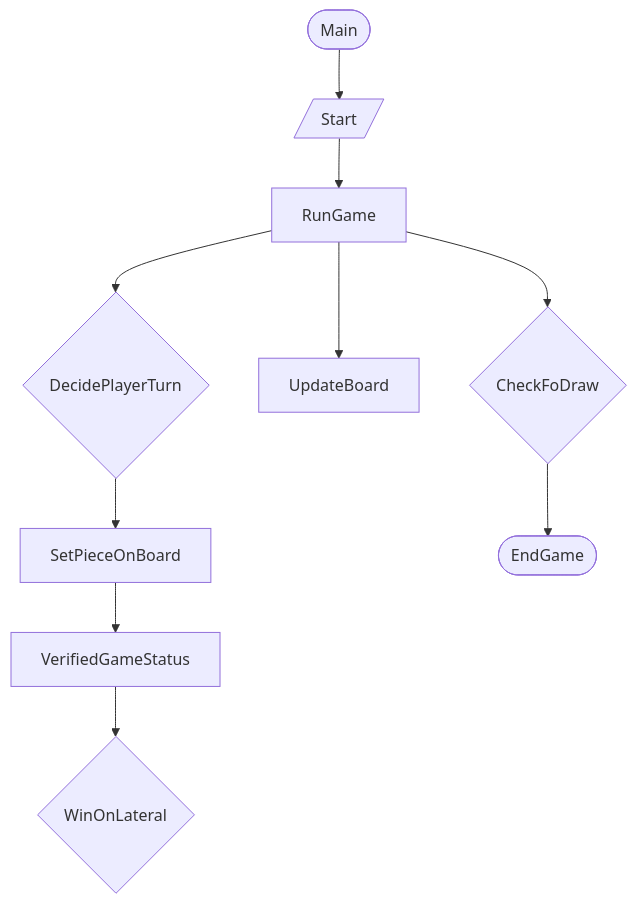
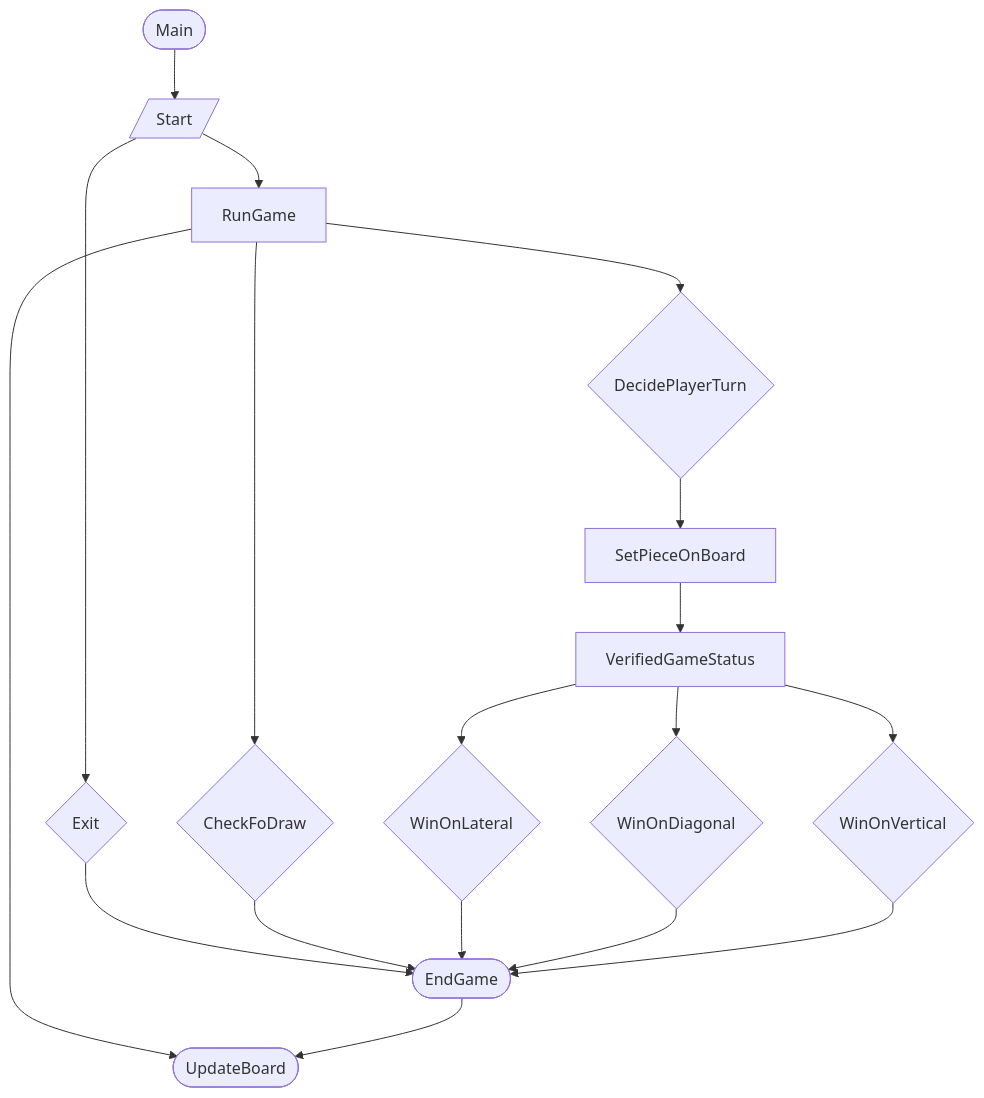
One commit to bryanb619/GaloDaVelha changed the diagram in README.md. Above: the diagram before and after it, drawn with Mermaid. The commit also changed other lines of this file, not shown here.

Commit message:
Updated UML on readme with most actions

````diff
--- a/README.md
+++ b/README.md
@@ -68,25 +68,31 @@
 ```mermaid
 graph TD
 
   A([Main]) --> B[/"Start"/];
   B         --> C[RunGame];
 
-  C --> J{CheckFoDraw};
-  C --> D[UpdateBoard];
-  C --> E{DecidePlayerTurn};
+  B     --> EXIT{Exit}
+  EXIT  --> Z([EndGame])
 
-  E --> F[SetPieceOnBoard]
-  F --> G[VerifiedGameStatus]
+  C     --> D{CheckFoDraw};
+  C     --> E[UpdateBoard];
+  C     --> F{DecidePlayerTurn};
 
-  G --> H{WinOnLateral}
+  D     --> Z([EndGame])
 
+  F     --> G[SetPieceOnBoard];
+  G     --> H[VerifiedGameStatus];
 
+  H     --> I{WinOnLateral};
+  H     --> K{WinOnDiagonal};
+  H     --> L{WinOnVertical}
 
-J --> Y([EndGame])
+  I     --> Z([EndGame])
+  K     --> Z([EndGame])
+  L     --> Z([EndGame])
 
-
-
+  Z     -->E([UpdateBoard])
 
 
 
 ```
````
